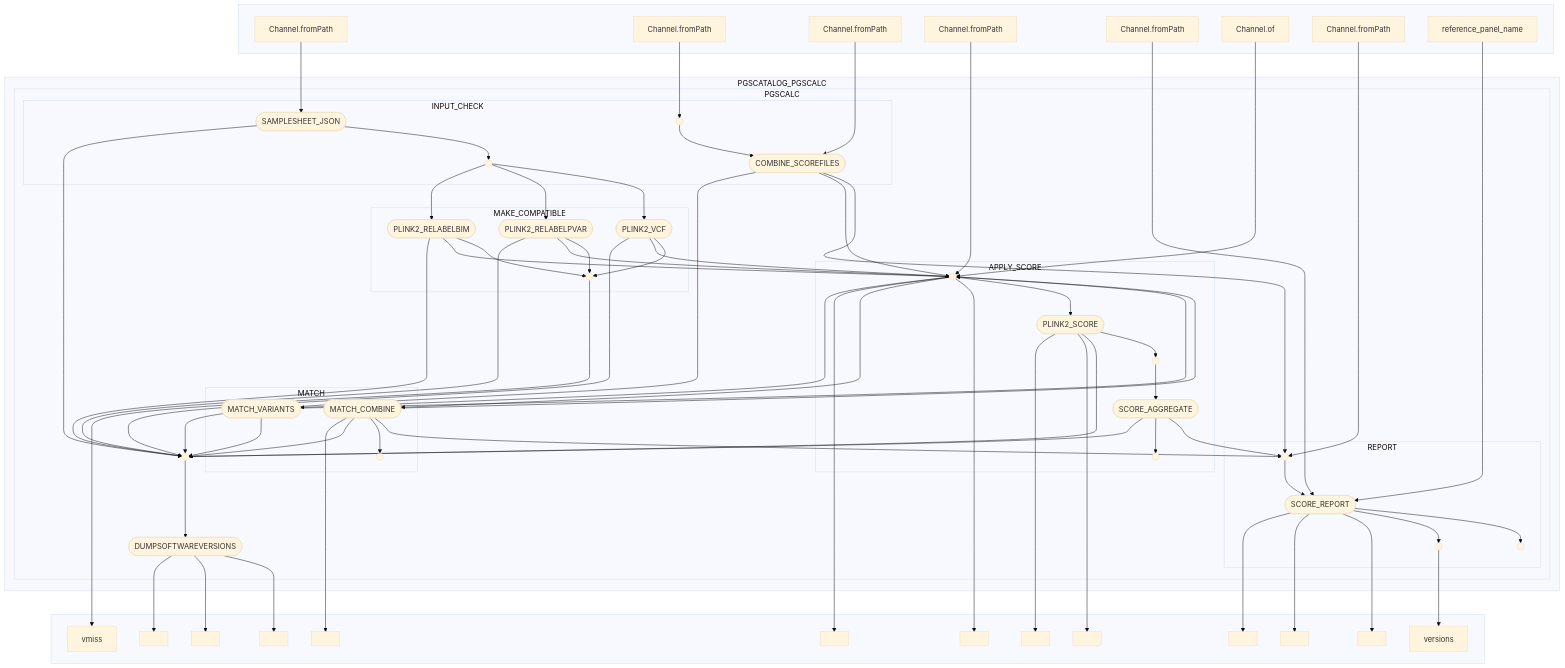
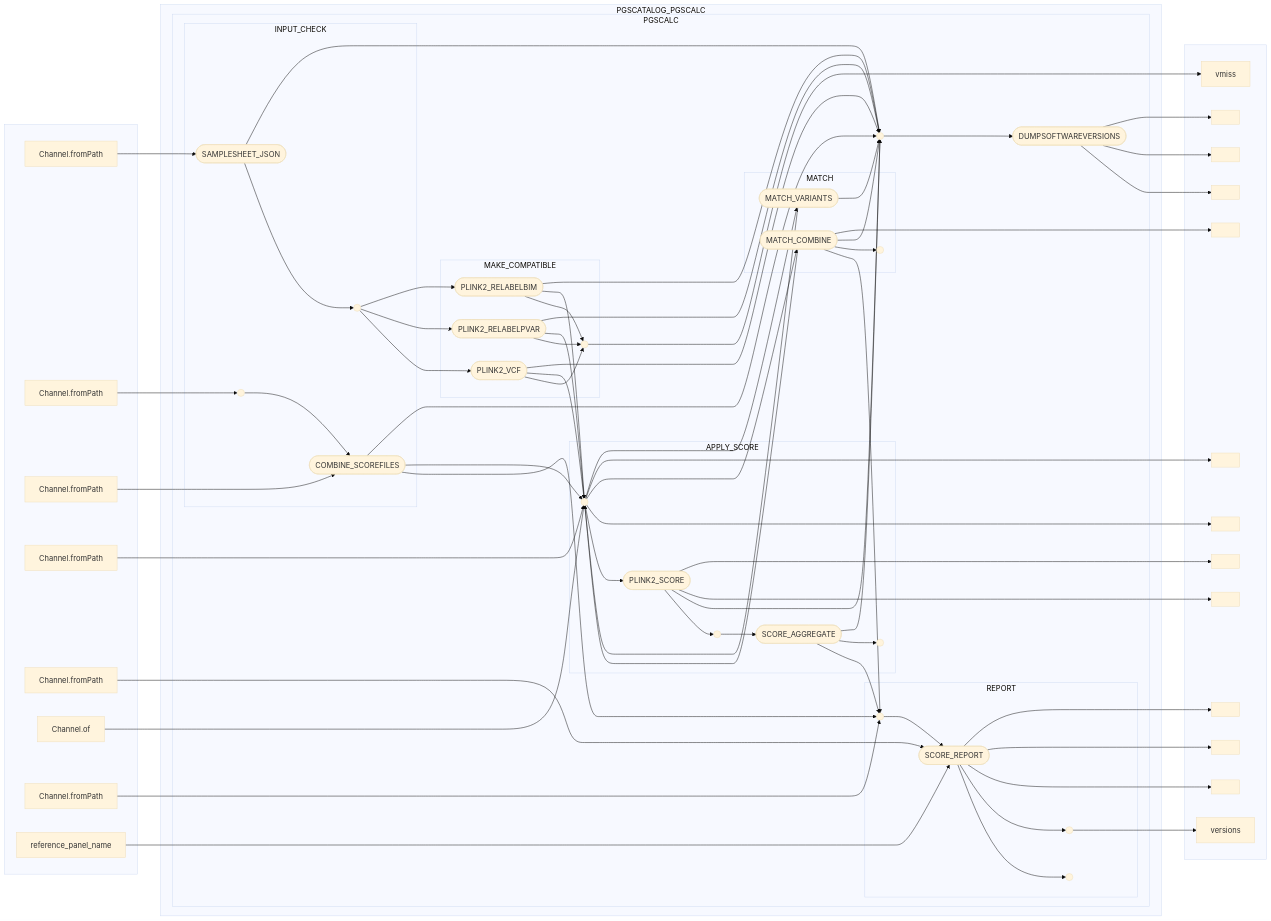
One commit to cambridge-ceu/csd3 changed the diagram in Python/pgsc_calc.md. Above: the diagram before and after it, drawn with Mermaid (base theme). The commit also changed other lines of this file, not shown here.

````diff
--- a/Python/pgsc_calc.md
+++ b/Python/pgsc_calc.md
@@ -121,5 +121,5 @@
 ```mermaid
-flowchart TB
+flowchart LR
     subgraph " "
     v0["Channel.fromPath"]
     v3["Channel.fromPath"]
````
